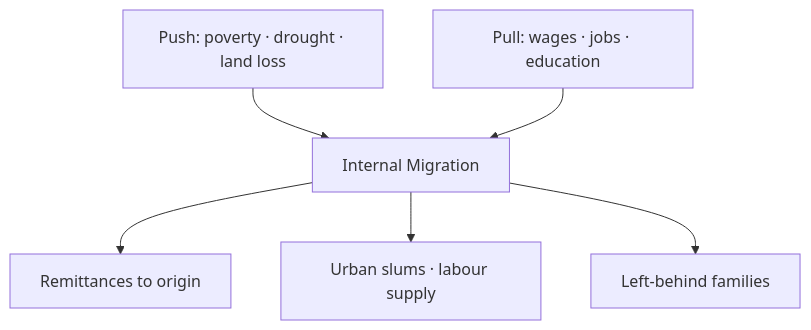
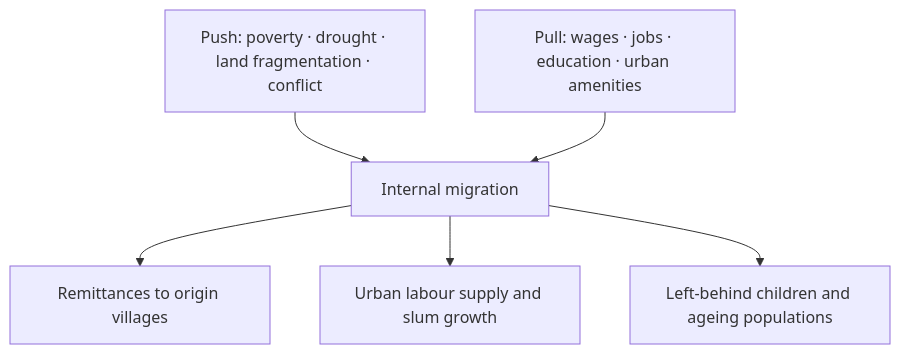
One commit to nitishpratap/UP-PCS changed the diagram in mains-pyqs/GS-1/13_Migration/02_Internal_Migration.md. Above: the diagram before and after it, drawn with Mermaid. The commit also changed other lines of this file and 97 other files, not shown here.

````diff
--- a/mains-pyqs/GS-1/13_Migration/02_Internal_Migration.md
+++ b/mains-pyqs/GS-1/13_Migration/02_Internal_Migration.md
@@ -102,8 +89,8 @@
 ```mermaid
 flowchart TD
-  P[Push: poverty · drought · land loss] --> M[Internal Migration]
-  U[Pull: wages · jobs · education] --> M
-  M --> C1[Remittances to origin]
-  M --> C2[Urban slums · labour supply]
-  M --> C3[Left-behind families]
+  P[Push: poverty · drought · land fragmentation · conflict] --> M[Internal migration]
+  U[Pull: wages · jobs · education · urban amenities] --> M
+  M --> R1[Remittances to origin villages]
+  M --> R2[Urban labour supply and slum growth]
+  M --> R3[Left-behind children and ageing populations]
 ```
````
